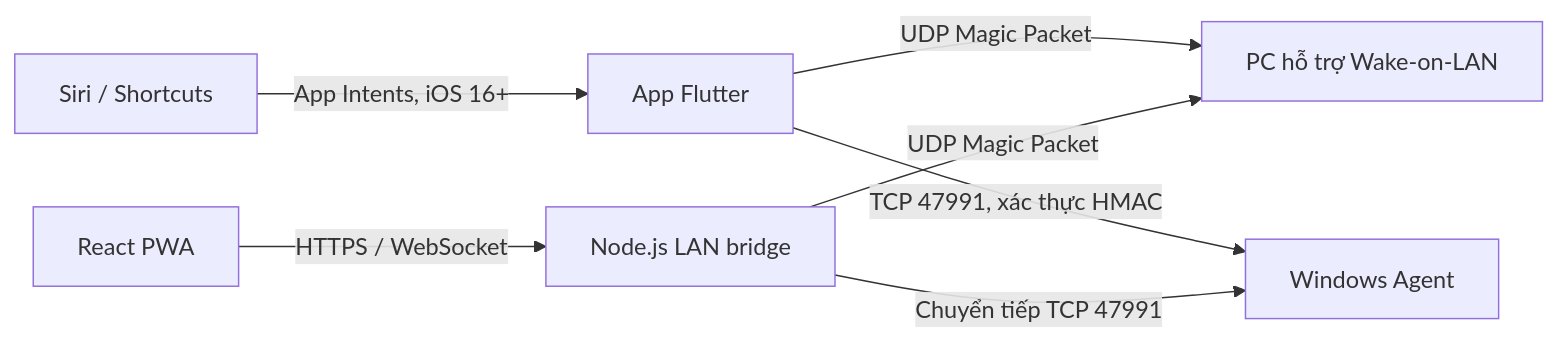
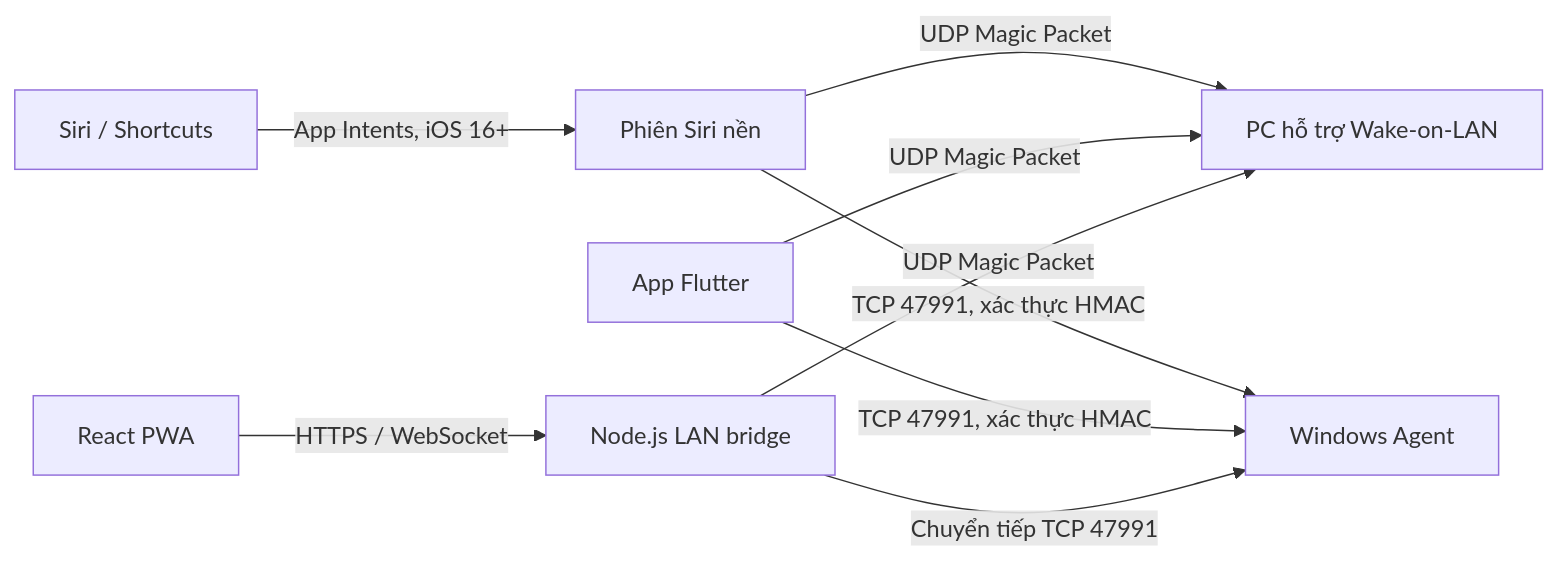
The diagram in README.md (Nakai981/wake-on-lan), drawn with Mermaid before and after one commit. The commit also changed other lines of this file and 12 other files, not shown here.

Commit message:
Run Siri PC commands in a headless background session

````diff
--- a/README.md
+++ b/README.md
@@ -257,9 +270,11 @@
 ```mermaid
 flowchart LR
-    Siri["Siri / Shortcuts"] -->|"App Intents, iOS 16+"| App["App Flutter"]
-    App -->|"UDP Magic Packet"| PC["PC hỗ trợ Wake-on-LAN"]
-    App -->|"TCP 47991, xác thực HMAC"| Agent["Windows Agent"]
+    Siri["Siri / Shortcuts"] -->|"App Intents, iOS 16+"| Background["Phiên Siri nền"]
+    Background -->|"UDP Magic Packet"| PC["PC hỗ trợ Wake-on-LAN"]
+    Background -->|"TCP 47991, xác thực HMAC"| Agent["Windows Agent"]
+    App["App Flutter"] -->|"UDP Magic Packet"| PC
+    App -->|"TCP 47991, xác thực HMAC"| Agent
     Web["React PWA"] -->|"HTTPS / WebSocket"| Bridge["Node.js LAN bridge"]
     Bridge -->|"UDP Magic Packet"| PC
     Bridge -->|"Chuyển tiếp TCP 47991"| Agent
 ```
````
